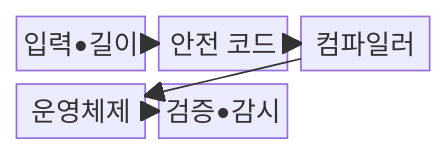
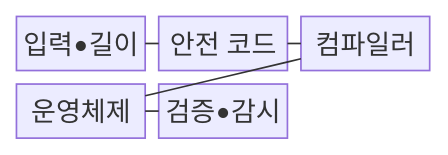
One commit to agnusdei1207/knowledge-base changed the first of 2 diagrams in src/content/docs/notes/05-security/049_buffer_overflow.md. Above: the diagram before and after it, drawn with Mermaid. The commit also changed other lines of this file and 493 other files, not shown here.

````diff
--- a/src/content/docs/notes/05-security/049_buffer_overflow.md
+++ b/src/content/docs/notes/05-security/049_buffer_overflow.md
@@ -66,13 +66,13 @@
 ```mermaid
 block-beta
   columns 3
   A["입력•길이"]
   B["안전 코드"]
   C["컴파일러"]
   D["운영체제"]
   E["검증•감시"]
-  A --> B
-  B --> C
-  C --> D
-  D --> E
+  A --- B
+  B --- C
+  C --- D
+  D --- E
 ```
````
